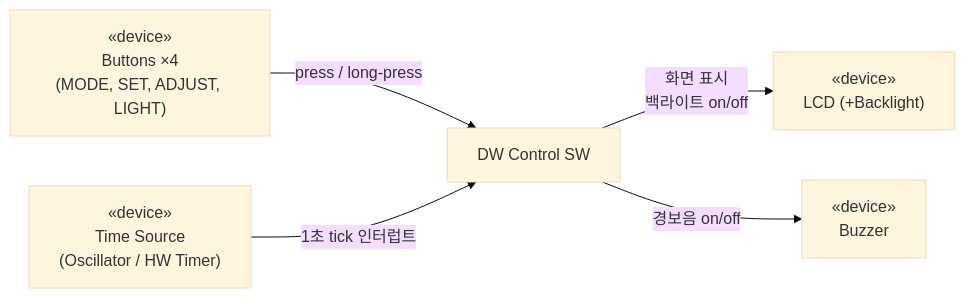
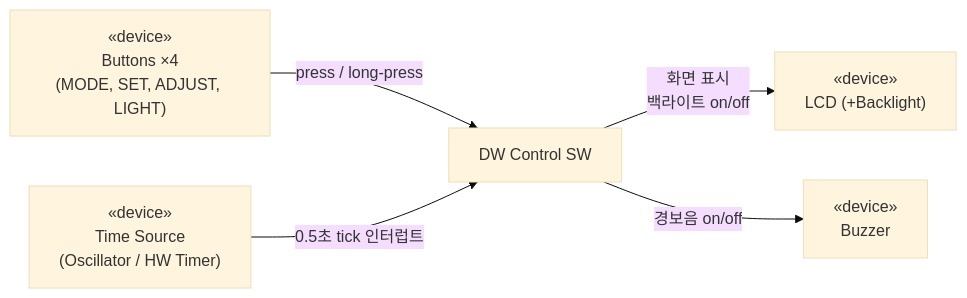
One commit to sspring2048/AssoArch changed the diagram in docs/OOAD/practice/DigitalWatch_UseCases.md. Above: the diagram before and after it, drawn with Mermaid (base theme). The commit also changed other lines of this file and 8 other files, not shown here.

````diff
--- a/docs/OOAD/practice/DigitalWatch_UseCases.md
+++ b/docs/OOAD/practice/DigitalWatch_UseCases.md
@@ -7,7 +7,7 @@
 ```mermaid
 flowchart LR
     BTN["«device»<br/>Buttons ×4<br/>(MODE, SET, ADJUST, LIGHT)"] -->|press / long-press| SW
-    CLK["«device»<br/>Time Source<br/>(Oscillator / HW Timer)"] -->|1초 tick 인터럽트| SW
+    CLK["«device»<br/>Time Source<br/>(Oscillator / HW Timer)"] -->|0.5초 tick 인터럽트| SW
     SW["DW Control SW"] -->|화면 표시<br/>백라이트 on/off| LCD["«device»<br/>LCD (+Backlight)"]
     SW -->|경보음 on/off| BZ["«device»<br/>Buzzer"]
 ```
````
